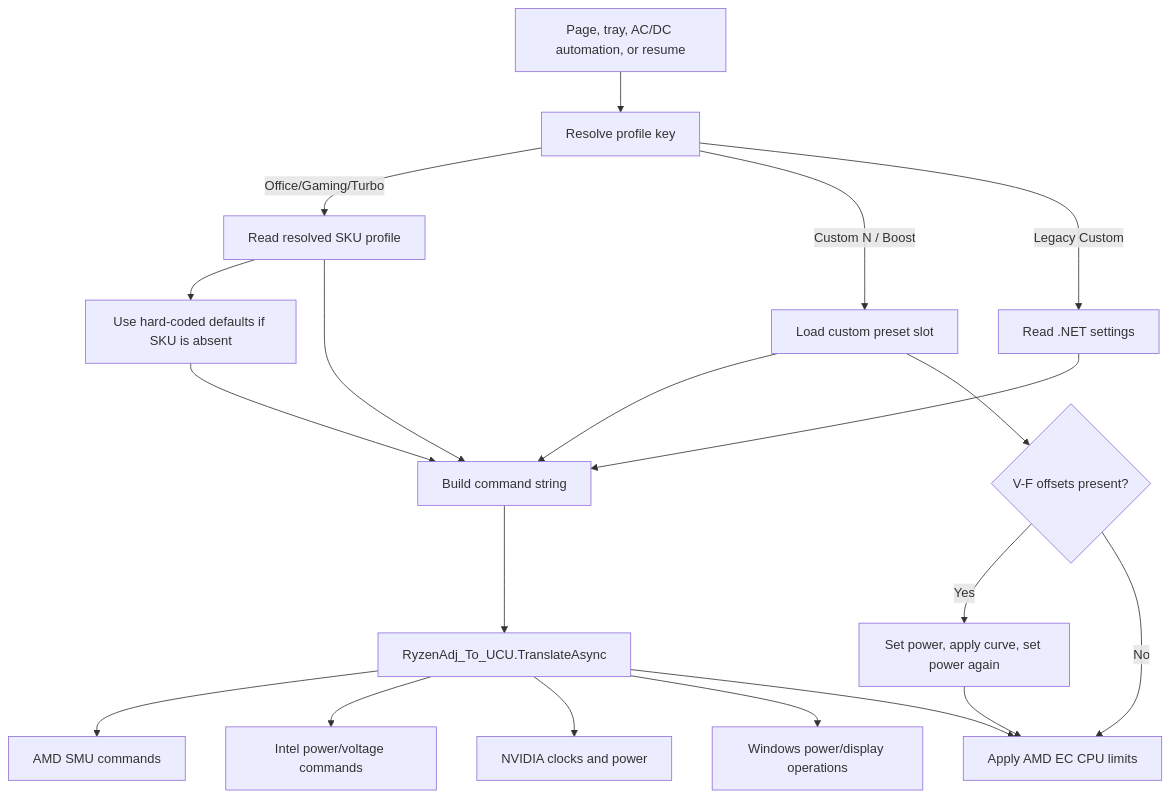
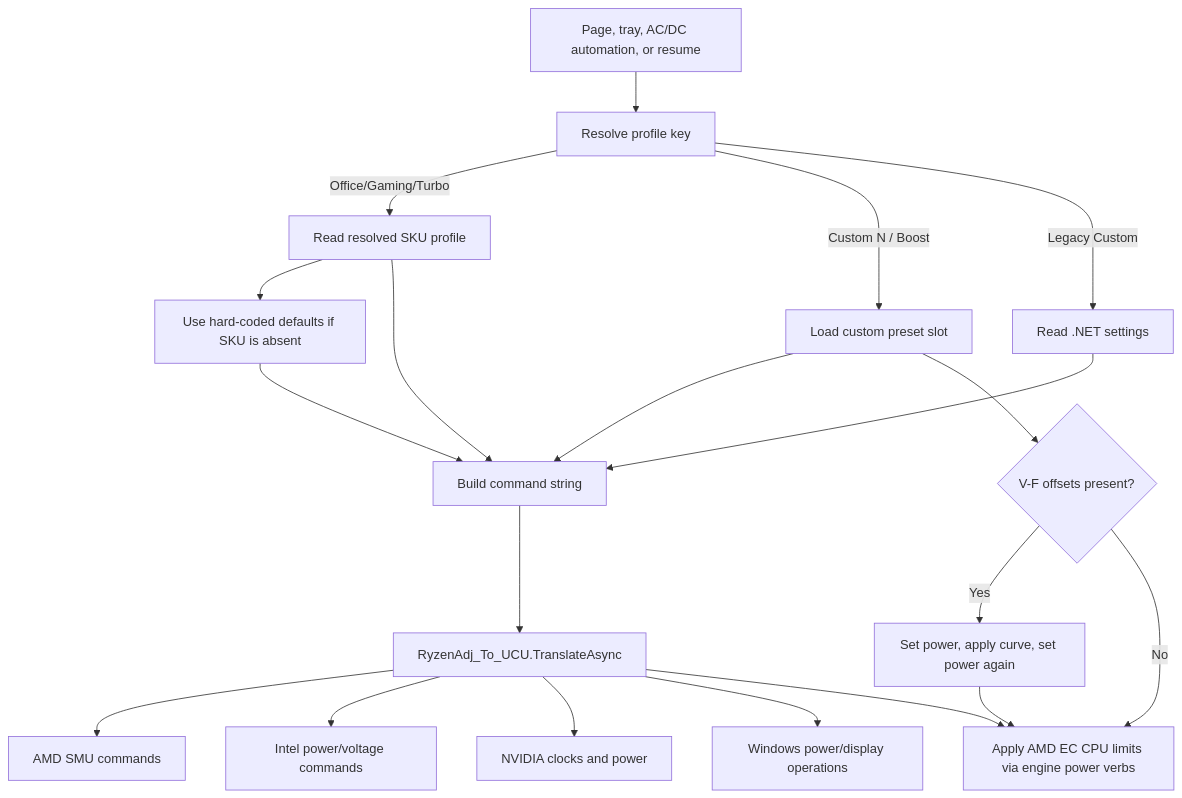
Before and after one commit to Uniwill-Control-Utility/Uniwill-Control-Utility: the first of 3 diagrams in wiki/architecture/preset-and-adaptive-pipelines.md, drawn with Mermaid. The commit also changed other lines of this file and 24 other files, not shown here.

First line of the commit message:
Phase 6: retire the guardian and the dev bridge; the engine is the architecture

````diff
--- a/wiki/architecture/preset-and-adaptive-pipelines.md
+++ b/wiki/architecture/preset-and-adaptive-pipelines.md
@@ -19,22 +19,22 @@
 ```mermaid
 flowchart TD
     Trigger[Page, tray, AC/DC automation, or resume] --> Resolve[Resolve profile key]
     Resolve -->|Office/Gaming/Turbo| SKU[Read resolved SKU profile]
     SKU --> Fallback[Use hard-coded defaults if SKU is absent]
     Resolve -->|Custom N / Boost| Custom[Load custom preset slot]
     Resolve -->|Legacy Custom| Settings[Read .NET settings]
     SKU --> Build[Build command string]
     Fallback --> Build
     Custom --> Build
     Settings --> Build
     Build --> Translate[RyzenAdj_To_UCU.TranslateAsync]
     Translate --> AMD[AMD SMU commands]
     Translate --> Intel[Intel power/voltage commands]
     Translate --> Nvidia[NVIDIA clocks and power]
     Translate --> Windows[Windows power/display operations]
     Custom --> VF{V-F offsets present?}
     VF -->|Yes| ApplyVF[Set power, apply curve, set power again]
-    ApplyVF --> ECPL[Apply AMD EC CPU limits]
+    ApplyVF --> ECPL[Apply AMD EC CPU limits via engine power verbs]
     VF -->|No| ECPL
     Translate --> ECPL
 ```
````
